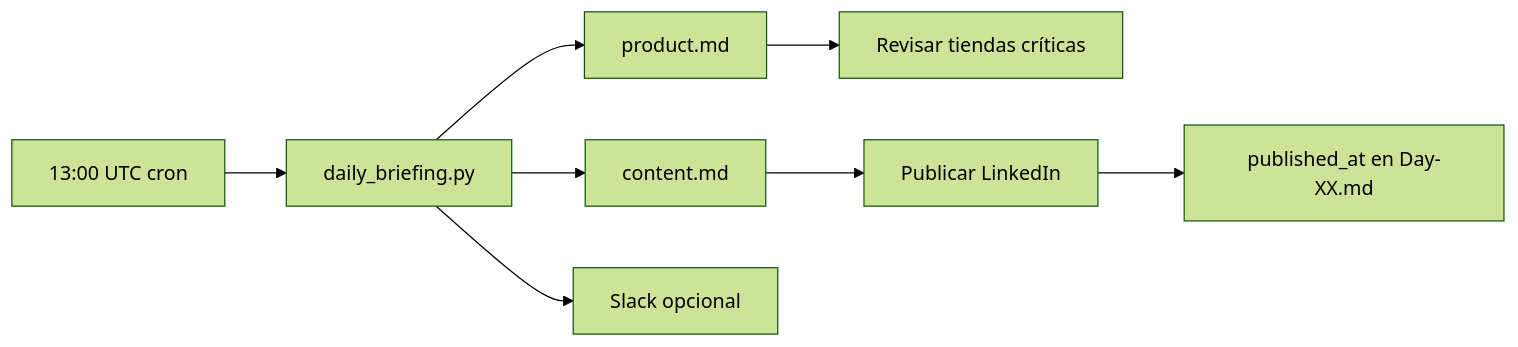
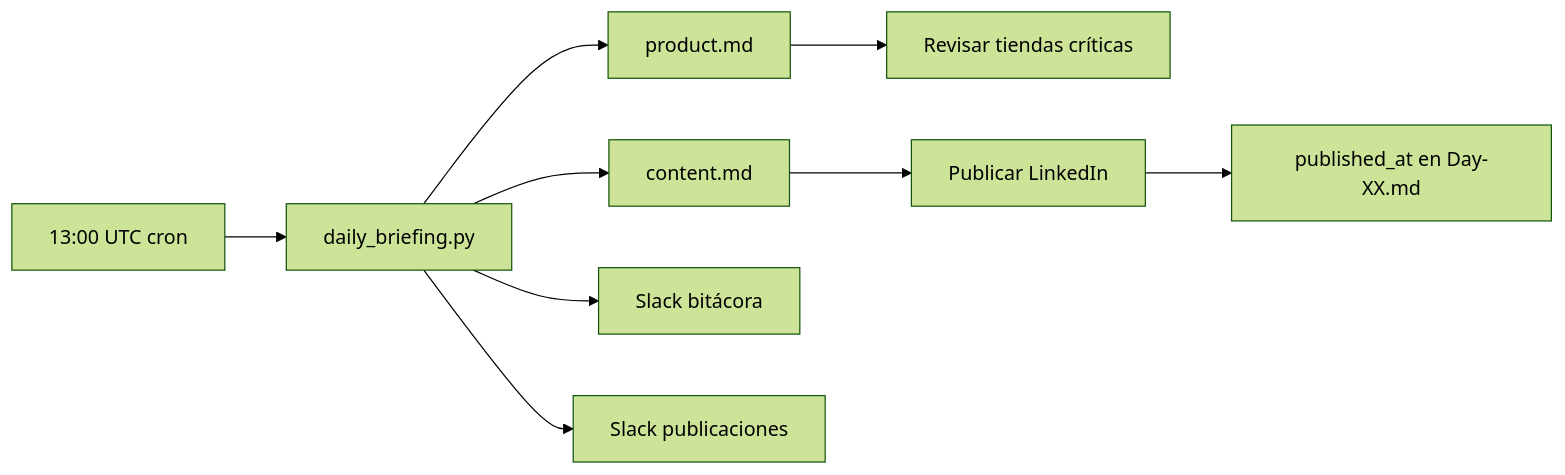
One commit to Treevu-ai/cli-market-world changed the diagram in docs/ops/daily-briefing.md. Above: the diagram before and after it, drawn with Mermaid (forest theme). The commit also changed other lines of this file and 3 other files, not shown here.

First line of the commit message:
Route daily briefings to Slack bitácora and publicaciones channels

````diff
--- a/docs/ops/daily-briefing.md
+++ b/docs/ops/daily-briefing.md
@@ -45,10 +73,11 @@
 ```mermaid
 flowchart LR
   A[13:00 UTC cron] --> B[daily_briefing.py]
   B --> C[product.md]
   B --> D[content.md]
-  B --> E[Slack opcional]
+  B --> E1[Slack bitácora]
+  B --> E2[Slack publicaciones]
   C --> F[Revisar tiendas críticas]
   D --> G[Publicar LinkedIn]
   G --> H[published_at en Day-XX.md]
 ```
````
